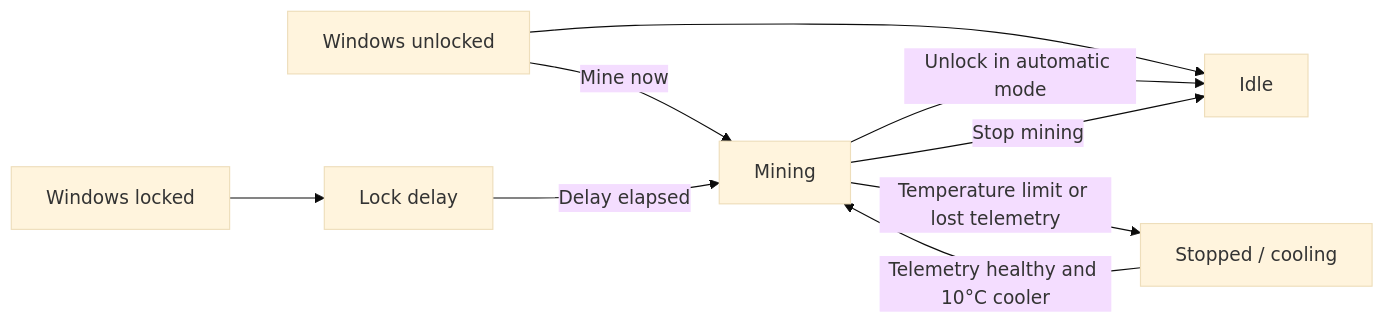
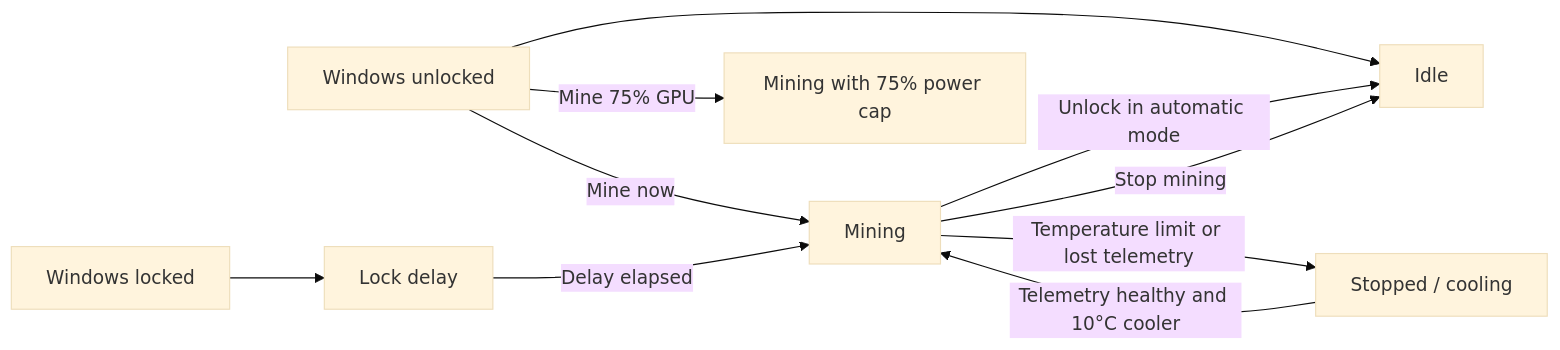
Before and after one commit to joelfourhman/PearlPilot: the diagram in README.md, drawn with Mermaid (base theme). The commit also changed other lines of this file and 3 other files, not shown here.

Commit message:
feat: add reduced-power mining mode

````diff
--- a/README.md
+++ b/README.md
@@ -35,11 +35,12 @@
 ```mermaid
 flowchart LR
     U[Windows unlocked] --> I[Idle]
     U -->|Mine now| M[Mining]
+    U -->|Mine 75% GPU| G[Mining with 75% power cap]
     L[Windows locked] --> D[Lock delay]
     D -->|Delay elapsed| M
     M -->|Unlock in automatic mode| I
     M -->|Stop mining| I
     M -->|Temperature limit or lost telemetry| C[Stopped / cooling]
     C -->|Telemetry healthy and 10°C cooler| M
 ```
````
